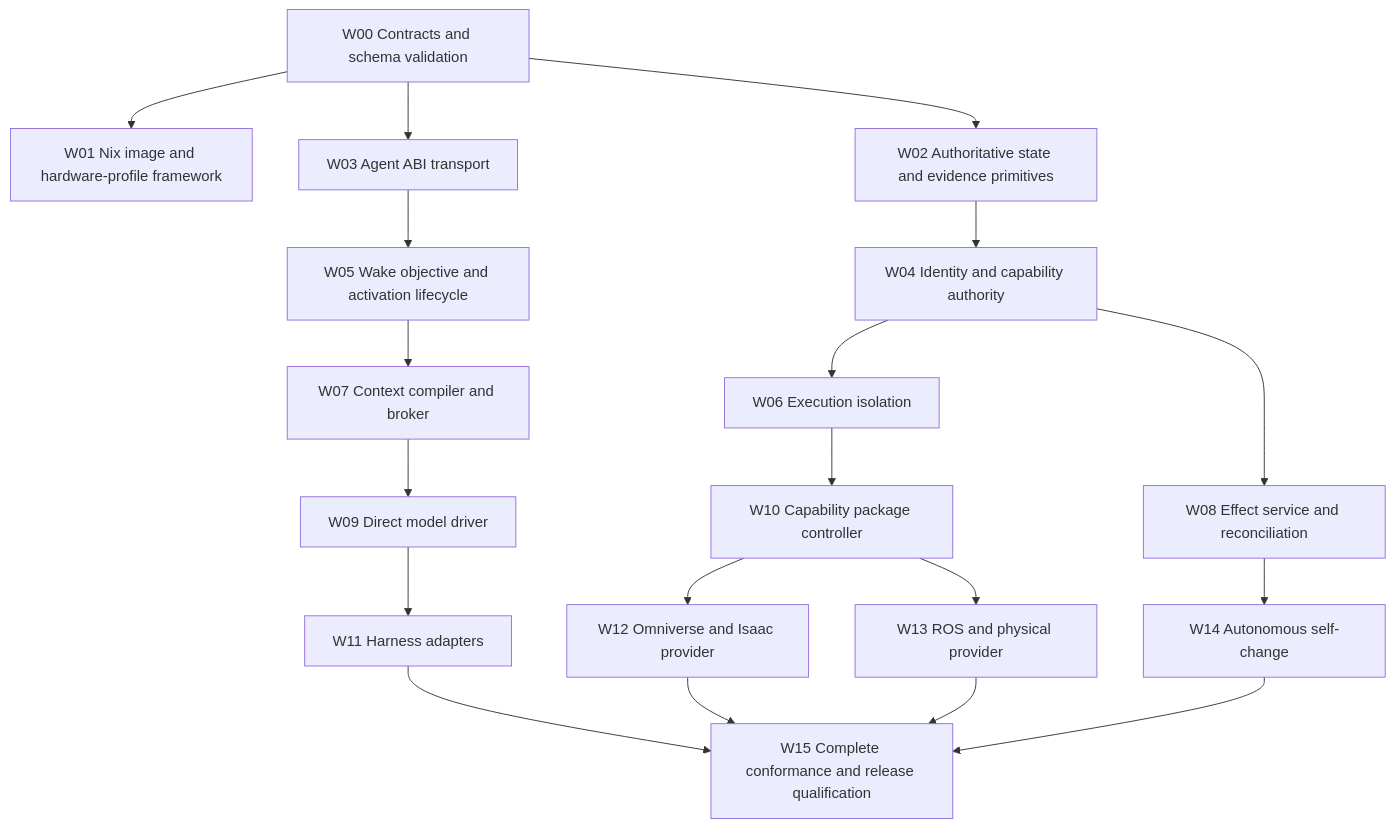
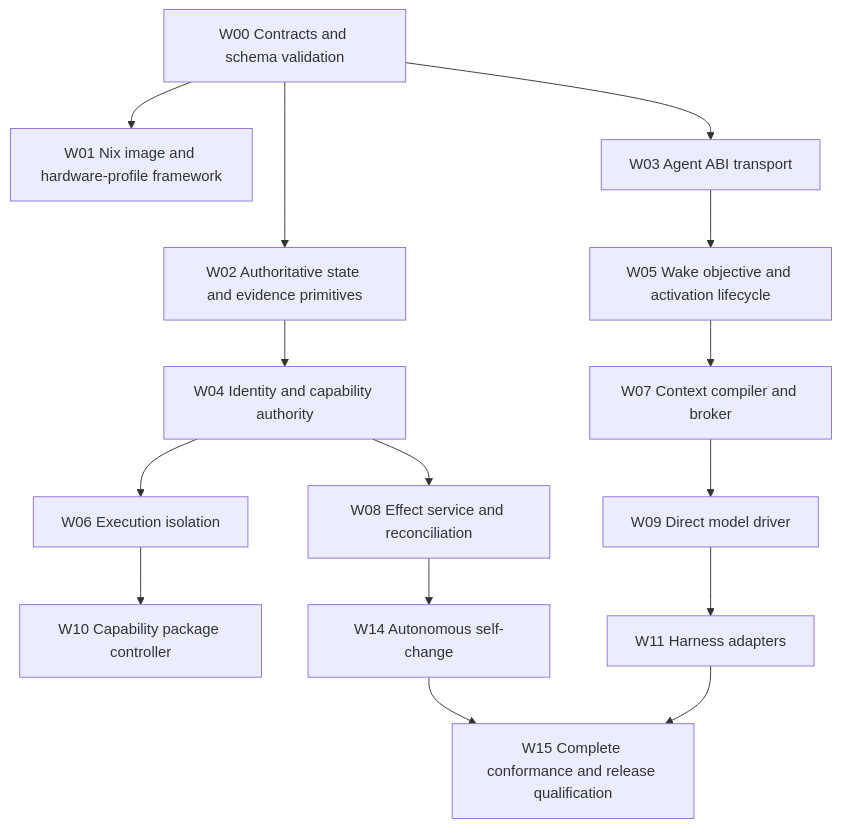
The diagram in CODEX-BUILD-SPEC.md (AtonoRobotics/Nix-AI), drawn with Mermaid before and after one commit. The commit also changed other lines of this file and 91 other files, not shown here.

````diff
--- a/CODEX-BUILD-SPEC.md
+++ b/CODEX-BUILD-SPEC.md
@@ -300,37 +300,31 @@
 ```mermaid
 flowchart TD
     W00["W00 Contracts and schema validation"]
     W01["W01 Nix image and hardware-profile framework"]
     W02["W02 Authoritative state and evidence primitives"]
     W03["W03 Agent ABI transport"]
     W04["W04 Identity and capability authority"]
     W05["W05 Wake objective and activation lifecycle"]
     W06["W06 Execution isolation"]
     W07["W07 Context compiler and broker"]
     W08["W08 Effect service and reconciliation"]
     W09["W09 Direct model driver"]
     W10["W10 Capability package controller"]
     W11["W11 Harness adapters"]
-    W12["W12 Omniverse and Isaac provider"]
-    W13["W13 ROS and physical provider"]
     W14["W14 Autonomous self-change"]
     W15["W15 Complete conformance and release qualification"]
     W00 --> W01
     W00 --> W02
     W00 --> W03
     W02 --> W04
     W03 --> W05
     W04 --> W06
     W05 --> W07
     W04 --> W08
     W07 --> W09
     W06 --> W10
     W09 --> W11
-    W10 --> W12
-    W10 --> W13
     W08 --> W14
     W11 --> W15
-    W12 --> W15
-    W13 --> W15
     W14 --> W15
 ```
````
